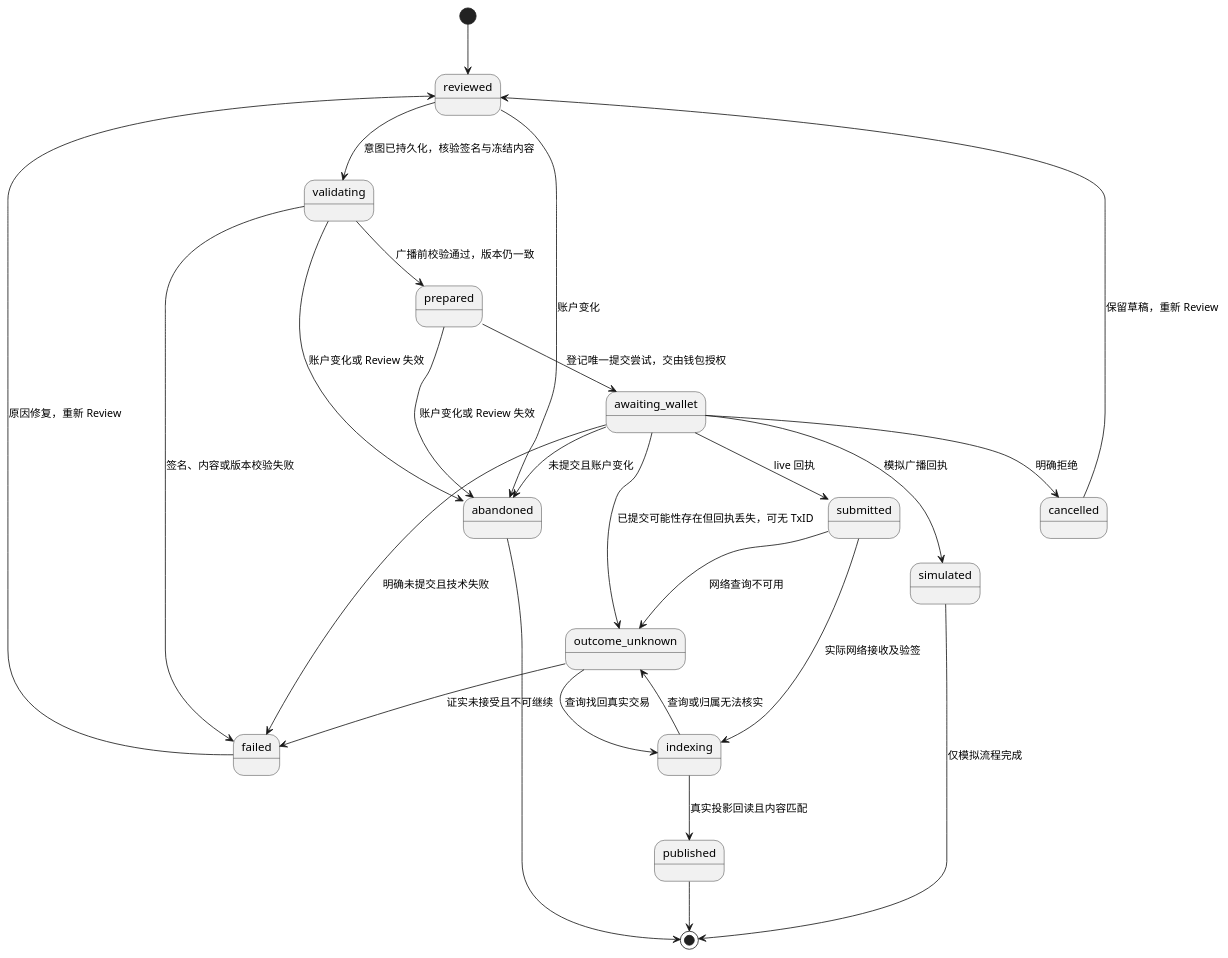
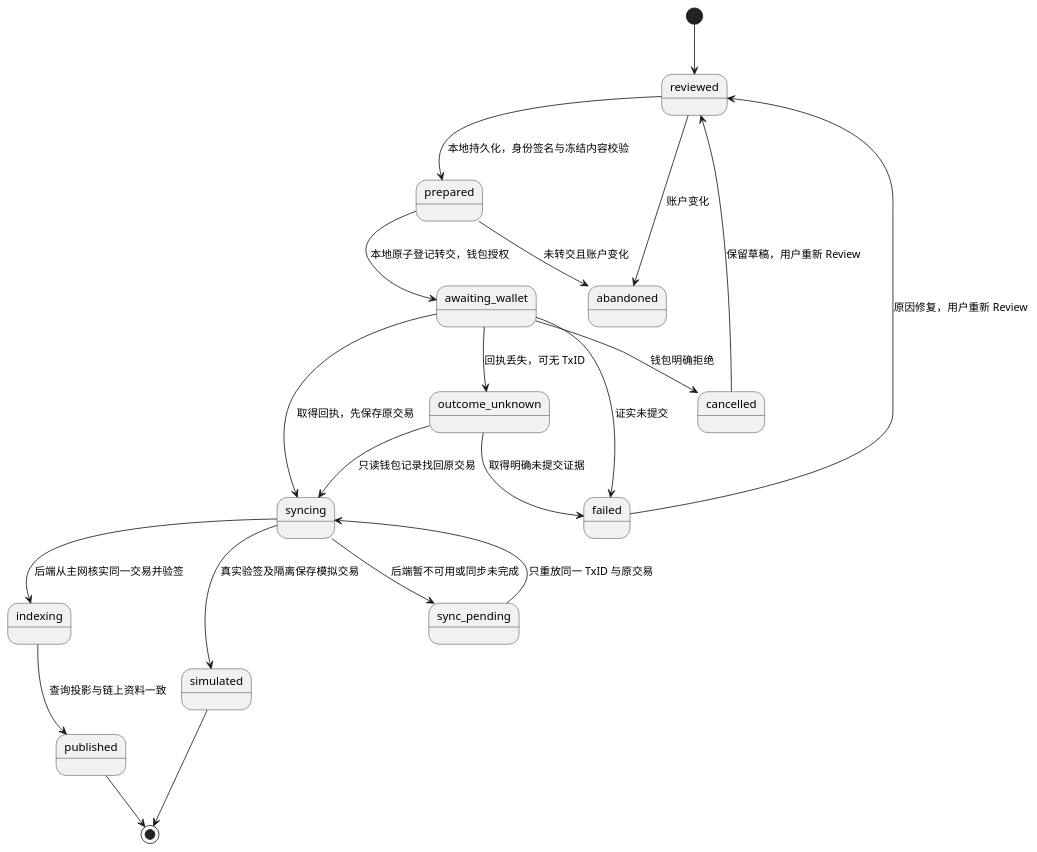
The third of 3 diagrams in _task/system-design/spec/frontend/集成核心认知v0.1.0-20261013-183000.md (metanet4j/ownword-harness), drawn with PlantUML before and after one commit. The commit also changed other lines of this file and 8 other files, not shown here.

````diff
--- a/_task/system-design/spec/frontend/集成核心认知v0.1.0-20261013-183000.md
+++ b/_task/system-design/spec/frontend/集成核心认知v0.1.0-20261013-183000.md
@@ -183,29 +184,24 @@
 ```plantuml
 @startuml
 [*] --> reviewed
-reviewed --> validating : 意图已持久化，核验签名与冻结内容
-validating --> prepared : 广播前校验通过，版本仍一致
-validating --> failed : 签名、内容或版本校验失败
-prepared --> awaiting_wallet : 登记唯一提交尝试，交由钱包授权
-awaiting_wallet --> cancelled : 明确拒绝
-awaiting_wallet --> failed : 明确未提交且技术失败
-awaiting_wallet --> submitted : live 回执
-awaiting_wallet --> simulated : 模拟广播回执
-awaiting_wallet --> outcome_unknown : 已提交可能性存在但回执丢失，可无 TxID
-submitted --> indexing : 实际网络接收及验签
-indexing --> published : 真实投影回读且内容匹配
-submitted --> outcome_unknown : 网络查询不可用
-indexing --> outcome_unknown : 查询或归属无法核实
-outcome_unknown --> indexing : 查询找回真实交易
-outcome_unknown --> failed : 证实未接受且不可继续
+reviewed --> prepared : 本地持久化，身份签名与冻结内容校验
+prepared --> awaiting_wallet : 本地原子登记转交，钱包授权
+awaiting_wallet --> cancelled : 钱包明确拒绝
+awaiting_wallet --> failed : 证实未提交
+awaiting_wallet --> syncing : 取得回执，先保存原交易
+awaiting_wallet --> outcome_unknown : 回执丢失，可无 TxID
+syncing --> indexing : 后端从主网核实同一交易并验签
+syncing --> simulated : 真实验签及隔离保存模拟交易
+syncing --> sync_pending : 后端暂不可用或同步未完成
+sync_pending --> syncing : 只重放同一 TxID 与原交易
+indexing --> published : 查询投影与链上资料一致
+outcome_unknown --> syncing : 只读钱包记录找回原交易
+outcome_unknown --> failed : 取得明确未提交证据
 reviewed --> abandoned : 账户变化
-validating --> abandoned : 账户变化或 Review 失效
-prepared --> abandoned : 账户变化或 Review 失效
-awaiting_wallet --> abandoned : 未提交且账户变化
-cancelled --> reviewed : 保留草稿，重新 Review
-failed --> reviewed : 原因修复，重新 Review
-simulated --> [*] : 仅模拟流程完成
+prepared --> abandoned : 未转交且账户变化
+cancelled --> reviewed : 保留草稿，用户重新 Review
+failed --> reviewed : 原因修复，用户重新 Review
+simulated --> [*]
 published --> [*]
-abandoned --> [*]
 @enduml
 ```
````
